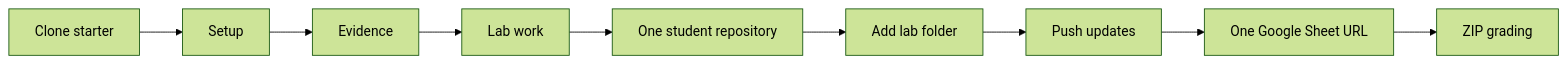
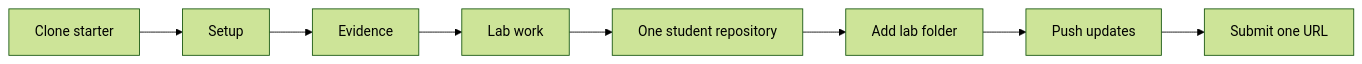
One commit to nhan-four/FIT4110_Student_Kit changed the diagram in 01_Getting_Started/COURSE_WORKFLOW.md. Above: the diagram before and after it, drawn with Mermaid (forest theme). The commit also changed other lines of this file and 4 other files, not shown here.

Commit message:
docs: remove internal ZIP grading details

````diff
--- a/01_Getting_Started/COURSE_WORKFLOW.md
+++ b/01_Getting_Started/COURSE_WORKFLOW.md
@@ -5,4 +5,4 @@
 ```mermaid
 flowchart LR
-  C[Clone starter] --> S[Setup] --> E[Evidence] --> L[Lab work] --> R[One student repository] --> M[Add lab folder] --> P[Push updates] --> G[One Google Sheet URL] --> Z[ZIP grading]
+  C[Clone starter] --> S[Setup] --> E[Evidence] --> L[Lab work] --> R[One student repository] --> M[Add lab folder] --> P[Push updates] --> G[Submit one URL]
 ```
````
